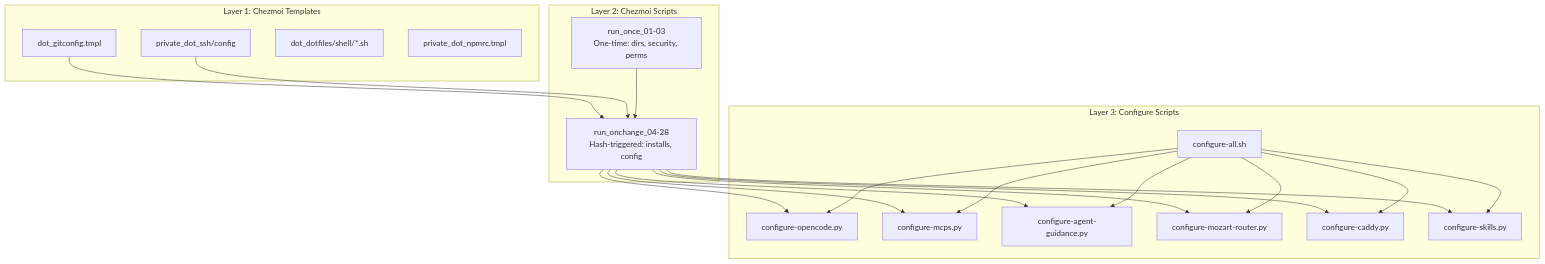
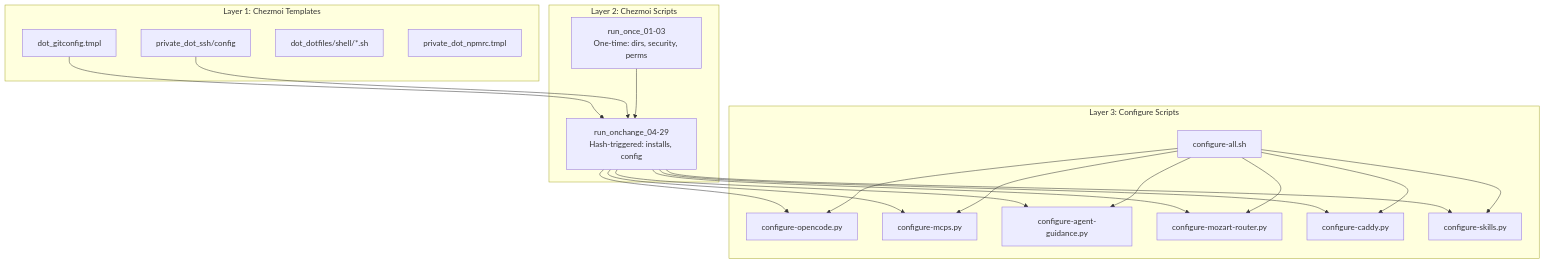
The first of 3 diagrams in docs/ORCHESTRATION.md (randytarampi/dotfiles), drawn with Mermaid before and after one commit. The commit also changed other lines of this file and 2 other files, not shown here.

````diff
--- a/docs/ORCHESTRATION.md
+++ b/docs/ORCHESTRATION.md
@@ -16,40 +16,40 @@
 ```mermaid
 flowchart TD
     subgraph "Layer 1: Chezmoi Templates"
         T1[dot_gitconfig.tmpl]
         T2[private_dot_ssh/config]
         T3[dot_dotfiles/shell/*.sh]
         T4[private_dot_npmrc.tmpl]
     end
 
     subgraph "Layer 2: Chezmoi Scripts"
         S1[run_once_01-03<br/>One-time: dirs, security, perms]
-        S2[run_onchange_04-28<br/>Hash-triggered: installs, config]
+        S2[run_onchange_04-29<br/>Hash-triggered: installs, config]
     end
 
     subgraph "Layer 3: Configure Scripts"
         C1[configure-opencode.py]
         C2[configure-mcps.py]
         C4[configure-all.sh]
         C5[configure-agent-guidance.py]
         C6[configure-mozart-router.py]
         C7[configure-caddy.py]
         C8[configure-skills.py]
     end
 
     T1 --> S2
     T2 --> S2
     S1 --> S2
     S2 --> C1
     S2 --> C2
     S2 --> C5
     S2 --> C6
     S2 --> C7
     S2 --> C8
     C4 --> C1
     C4 --> C2
     C4 --> C5
     C4 --> C6
     C4 --> C7
     C4 --> C8
 ```
````
